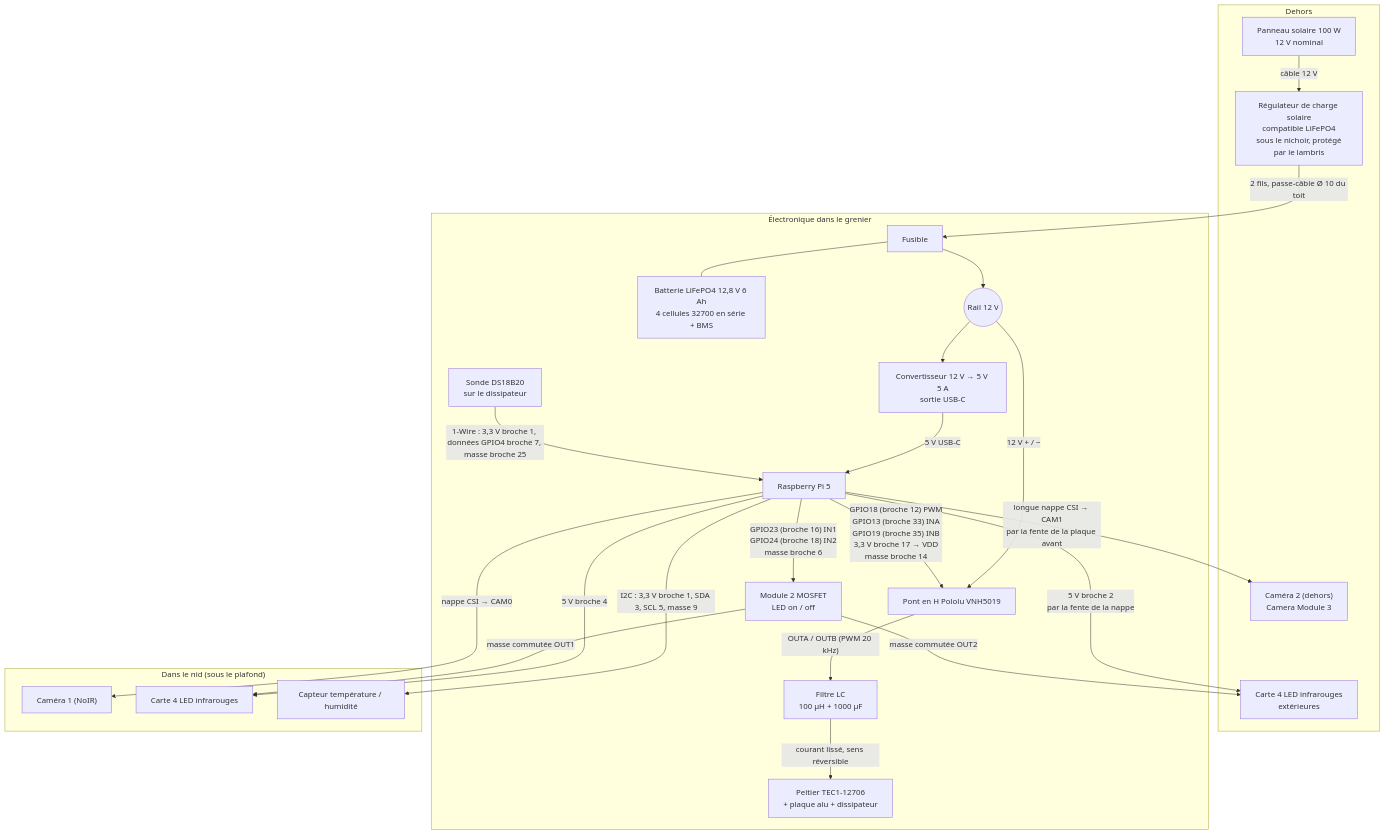
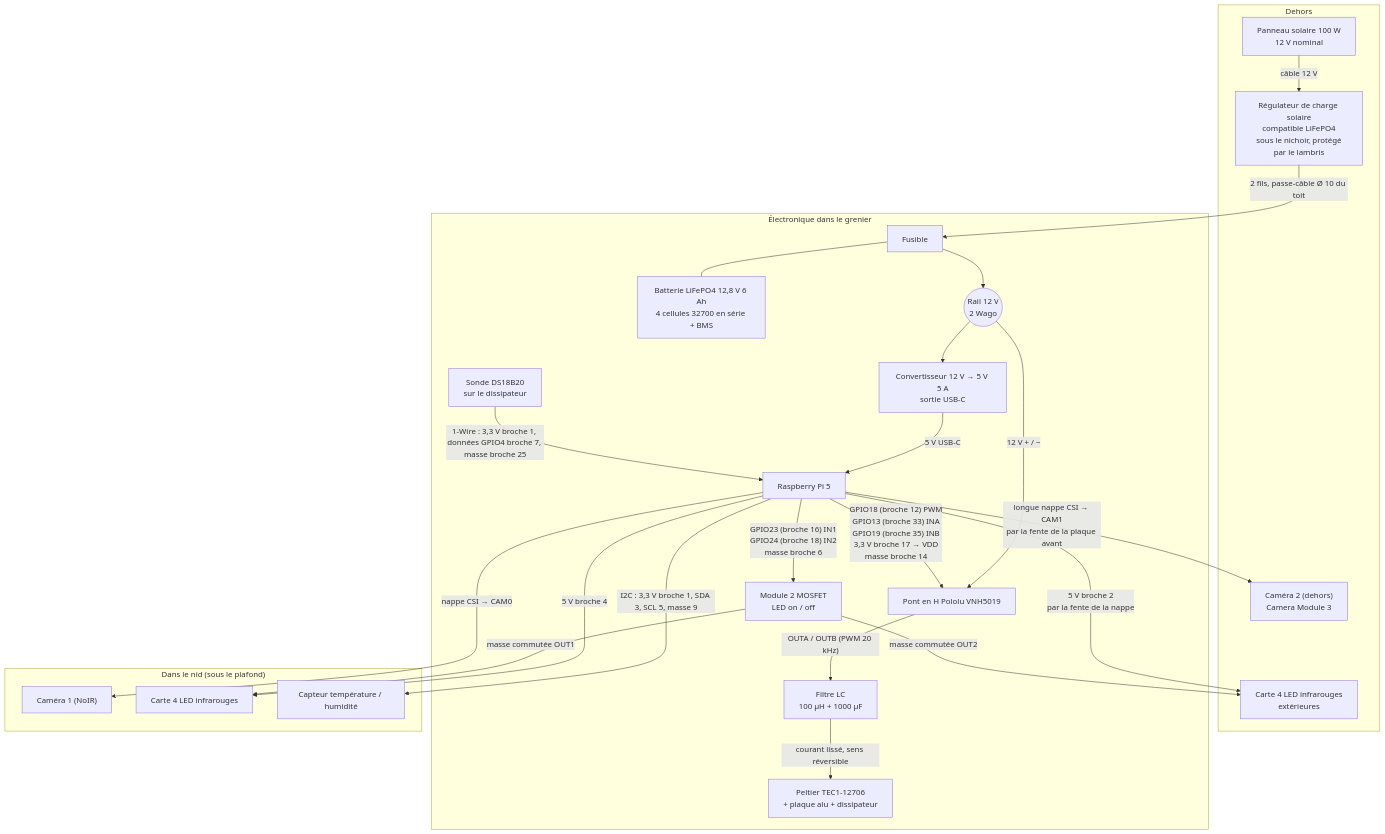
One commit to mathieujullien77190/birds changed the diagram in docs/schema-electronique.md. Above: the diagram before and after it, drawn with Mermaid. The commit also changed other lines of this file and 2 other files, not shown here.

Commit message:
feat: add Wago terminals for the 12 V rail

````diff
--- a/docs/schema-electronique.md
+++ b/docs/schema-electronique.md
@@ -7,45 +7,45 @@
 ```mermaid
 flowchart TB
   subgraph DEHORS["Dehors"]
     PV["Panneau solaire 100 W<br/>12 V nominal"]
     MPPT["Régulateur de charge solaire<br/>compatible LiFePO4<br/>sous le nichoir, protégé<br/>par le lambris"]
     CAM2["Caméra 2 (dehors)<br/>Camera Module 3"]
     IR2["Carte 4 LED infrarouges<br/>extérieures"]
   end
   subgraph TOIT["Électronique dans le grenier"]
     FUSE["Fusible"]
     BAT["Batterie LiFePO4 12,8 V 6 Ah<br/>4 cellules 32700 en série + BMS"]
-    RAIL(("Rail 12 V"))
+    RAIL(("Rail 12 V<br/>2 Wago"))
     BUCK["Convertisseur 12 V → 5 V 5 A<br/>sortie USB-C"]
     PI["Raspberry Pi 5"]
     SW["Module 2 MOSFET<br/>LED on / off"]
     HB["Pont en H Pololu VNH5019"]
     FILT["Filtre LC<br/>100 µH + 1000 µF"]
     TEC["Peltier TEC1-12706<br/>+ plaque alu + dissipateur"]
     HOT["Sonde DS18B20<br/>sur le dissipateur"]
   end
   subgraph NID["Dans le nid (sous le plafond)"]
     CAM1["Caméra 1 (NoIR)"]
     IR["Carte 4 LED infrarouges"]
     SENS["Capteur température / humidité"]
   end
   PV -->|"câble 12 V"| MPPT
   MPPT -->|"2 fils, passe-câble Ø 10 du toit"| FUSE
   FUSE --- BAT
   FUSE --> RAIL
   RAIL --> BUCK
   BUCK -->|"5 V USB-C"| PI
   RAIL -->|"12 V + / −"| HB
   HB -->|"OUTA / OUTB (PWM 20 kHz)"| FILT
   FILT -->|"courant lissé, sens réversible"| TEC
   PI -->|"GPIO18 (broche 12) PWM<br/>GPIO13 (broche 33) INA<br/>GPIO19 (broche 35) INB<br/>3,3 V broche 17 → VDD<br/>masse broche 14"| HB
   PI -->|"nappe CSI → CAM0"| CAM1
   PI -->|"longue nappe CSI → CAM1<br/>par la fente de la plaque avant"| CAM2
   PI -->|"GPIO23 (broche 16) IN1<br/>GPIO24 (broche 18) IN2<br/>masse broche 6"| SW
   PI -->|"5 V broche 4"| IR
   PI -->|"5 V broche 2<br/>par la fente de la nappe"| IR2
   SW -->|"masse commutée OUT1"| IR
   SW -->|"masse commutée OUT2"| IR2
   PI -->|"I2C : 3,3 V broche 1, SDA 3, SCL 5, masse 9"| SENS
   HOT -->|"1-Wire : 3,3 V broche 1, données GPIO4 broche 7, masse broche 25"| PI
 ```
````
